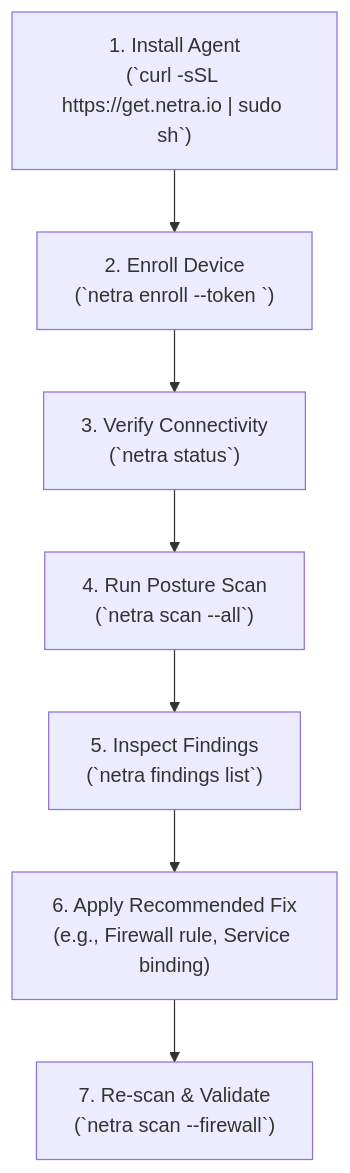
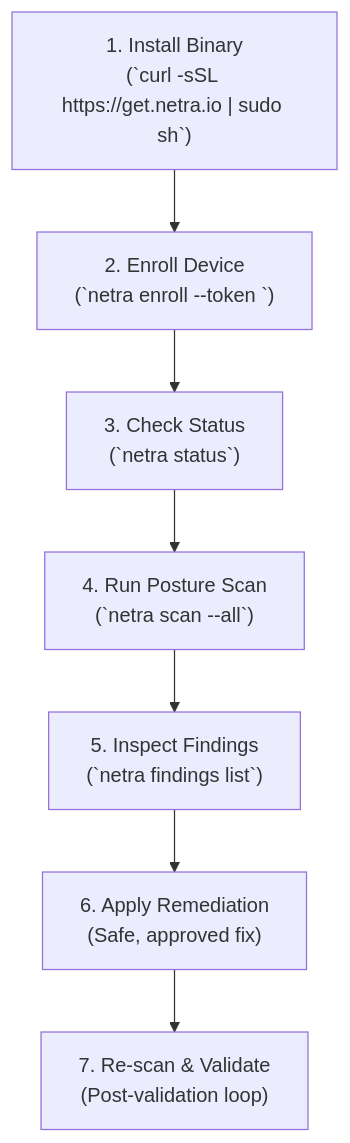
Before and after one commit to Subhadip-Paul2006/NETRA-Backend: the first of 2 diagrams in docs/USAGE.md, drawn with Mermaid. The commit also changed other lines of this file and 15 other files, not shown here.

Commit message:
docs: establish authoritative open-source academic architecture & technical specification suite

````diff
--- a/docs/USAGE.md
+++ b/docs/USAGE.md
@@ -29,9 +30,9 @@
 ```mermaid
 flowchart TD
-    Install["1. Install Agent<br/>(`curl -sSL https://get.netra.io | sudo sh`)"] --> Enroll["2. Enroll Device<br/>(`netra enroll --token <token>`)"]
-    Enroll --> VerifyConn["3. Verify Connectivity<br/>(`netra status`)"]
-    VerifyConn --> Scan["4. Run Posture Scan<br/>(`netra scan --all`)"]
-    Scan --> View["5. Inspect Findings<br/>(`netra findings list`)"]
-    View --> Remediate["6. Apply Recommended Fix<br/>(e.g., Firewall rule, Service binding)"]
-    Remediate --> Validate["7. Re-scan & Validate<br/>(`netra scan --firewall`)"]
+    Install["1. Install Binary<br/>(`curl -sSL https://get.netra.io | sudo sh`)"] --> Enroll["2. Enroll Device<br/>(`netra enroll --token <token>`)"]
+    Enroll --> Verify["3. Check Status<br/>(`netra status`)"]
+    Verify --> Scan["4. Run Posture Scan<br/>(`netra scan --all`)"]
+    Scan --> Findings["5. Inspect Findings<br/>(`netra findings list`)"]
+    Findings --> Remediate["6. Apply Remediation<br/>(Safe, approved fix)"]
+    Remediate --> Validate["7. Re-scan & Validate<br/>(Post-validation loop)"]
 ```
````
